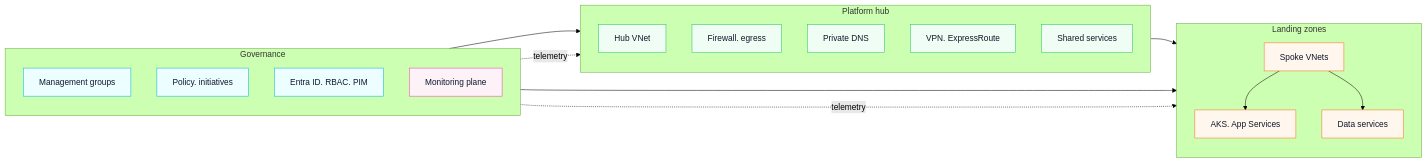
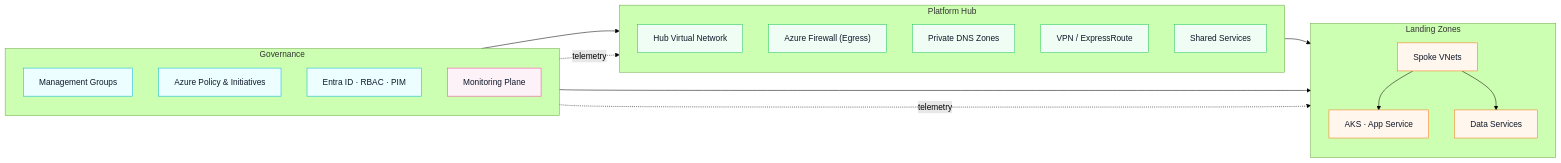
One commit to gowrishacv/azure-enterprise-landing-zone changed the diagram in README.md. Above: the diagram before and after it, drawn with Mermaid (forest theme). The commit also changed other lines of this file, not shown here.

Commit message:
docs: clean 3-column governance-first architecture diagram

````diff
--- a/README.md
+++ b/README.md
@@ -22,41 +7,41 @@
 ```mermaid
 flowchart LR
-  %% 3-column, governance-first landing zone view
+  %% Clean 3-column governance-first design
 
   classDef gov fill:#ecfeff,stroke:#06b6d4,stroke-width:1px,color:#0f172a;
   classDef hub fill:#f0fdf4,stroke:#22c55e,stroke-width:1px,color:#0f172a;
   classDef lz fill:#fff7ed,stroke:#f97316,stroke-width:1px,color:#0f172a;
   classDef obs fill:#fdf2f8,stroke:#ec4899,stroke-width:1px,color:#0f172a;
 
   subgraph GOV["Governance"]
     direction TB
-    MG["Management groups"]:::gov
-    POL["Policy. initiatives"]:::gov
-    IAM["Entra ID. RBAC. PIM"]:::gov
-    MON["Monitoring plane"]:::obs
+    MG["Management Groups"]:::gov
+    POL["Azure Policy & Initiatives"]:::gov
+    IAM["Entra ID · RBAC · PIM"]:::gov
+    MON["Monitoring Plane"]:::obs
   end
 
-  subgraph HUB["Platform hub"]
+  subgraph HUB["Platform Hub"]
     direction TB
-    HVNET["Hub VNet"]:::hub
-    AFW["Firewall. egress"]:::hub
-    PDNS["Private DNS"]:::hub
-    CONN["VPN. ExpressRoute"]:::hub
-    SHARED["Shared services"]:::hub
+    HVNET["Hub Virtual Network"]:::hub
+    AFW["Azure Firewall (Egress)"]:::hub
+    PDNS["Private DNS Zones"]:::hub
+    CONN["VPN / ExpressRoute"]:::hub
+    SHARED["Shared Services"]:::hub
   end
 
-  subgraph LZ["Landing zones"]
+  subgraph LZ["Landing Zones"]
     direction TB
     SVNET["Spoke VNets"]:::lz
-    APPS["AKS. App Services"]:::lz
-    DATA["Data services"]:::lz
+    APPS["AKS · App Service"]:::lz
+    DATA["Data Services"]:::lz
   end
 
   GOV --> HUB
   GOV --> LZ
   HUB --> SVNET
   SVNET --> APPS
   SVNET --> DATA
   MON -. telemetry .-> HUB
   MON -. telemetry .-> LZ
 ```
````
